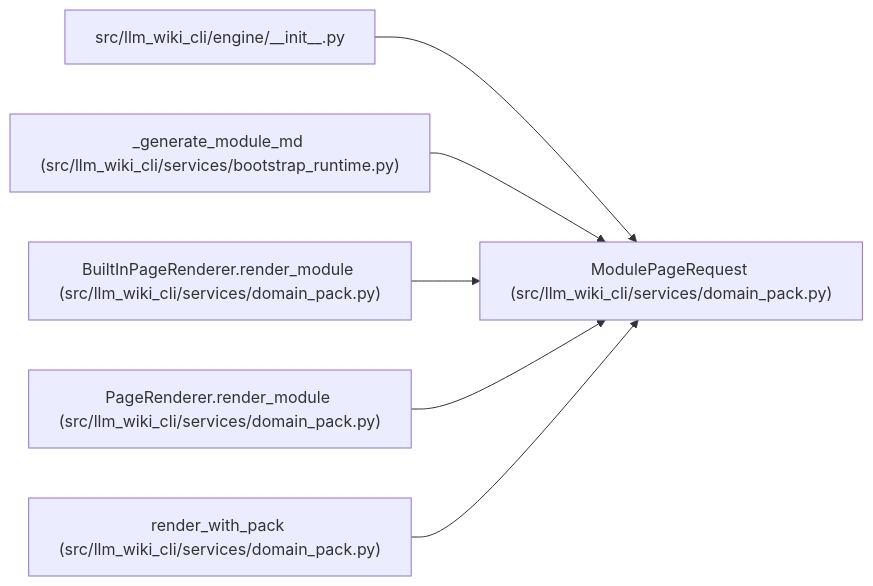
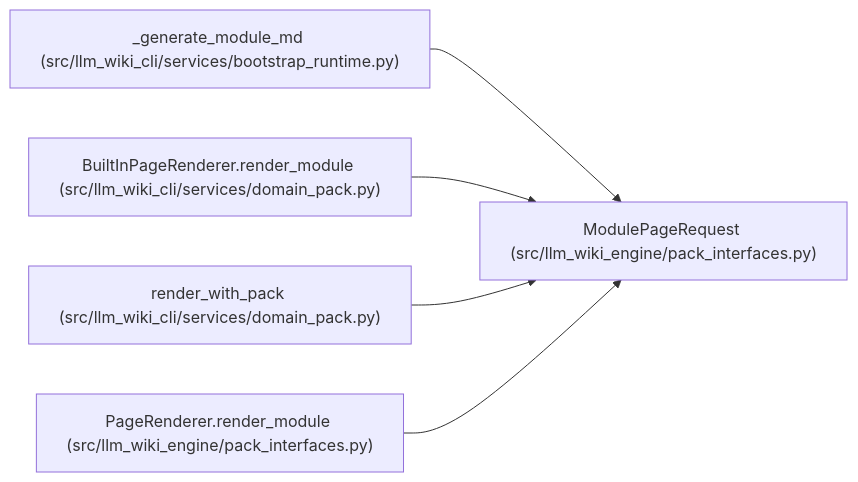
One commit to Denissvgn/python-wiki-llm changed the diagram in docs/llm_wiki/entities/ModulePageRequest.md. Above: the diagram before and after it, drawn with Mermaid. The commit also changed other lines of this file and 585 other files, not shown here.

Commit message:
docs: refresh the wiki for per-engine integrations

````diff
--- a/docs/llm_wiki/entities/ModulePageRequest.md
+++ b/docs/llm_wiki/entities/ModulePageRequest.md
@@ -36,20 +36,17 @@
 ```mermaid
 flowchart LR
-    n0["ModulePageRequest (src/llm_wiki_cli/services/domain_pack.py)"]
-    n1["src/llm_wiki_cli/engine/__init__.py"]
-    n2["_generate_module_md (src/llm_wiki_cli/services/bootstrap_runtime.py)"]
-    n3["BuiltInPageRenderer.render_module (src/llm_wiki_cli/services/domain_pack.py)"]
-    n4["PageRenderer.render_module (src/llm_wiki_cli/services/domain_pack.py)"]
-    n5["render_with_pack (src/llm_wiki_cli/services/domain_pack.py)"]
+    n0["ModulePageRequest (src/llm_wiki_engine/pack_interfaces.py)"]
+    n1["_generate_module_md (src/llm_wiki_cli/services/bootstrap_runtime.py)"]
+    n2["BuiltInPageRenderer.render_module (src/llm_wiki_cli/services/domain_pack.py)"]
+    n3["render_with_pack (src/llm_wiki_cli/services/domain_pack.py)"]
+    n4["PageRenderer.render_module (src/llm_wiki_engine/pack_interfaces.py)"]
     n1 --> n0
     n2 --> n0
     n3 --> n0
     n4 --> n0
-    n5 --> n0
-    click n0 "../modules/domain_pack.md"
-    click n1 "../modules/engine___init__.md"
-    click n2 "../modules/bootstrap_runtime.md"
+    click n0 "../modules/pack_interfaces.md"
+    click n1 "../modules/bootstrap_runtime.md"
+    click n2 "../modules/domain_pack.md"
     click n3 "../modules/domain_pack.md"
-    click n4 "../modules/domain_pack.md"
-    click n5 "../modules/domain_pack.md"
+    click n4 "../modules/pack_interfaces.md"
 ```
````
